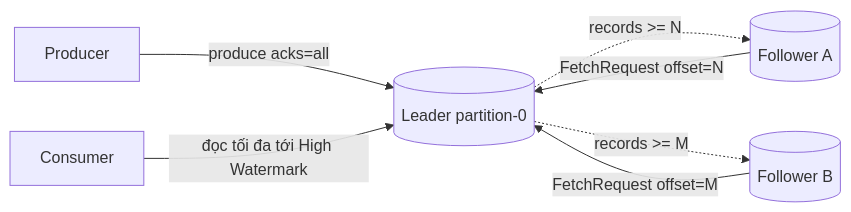
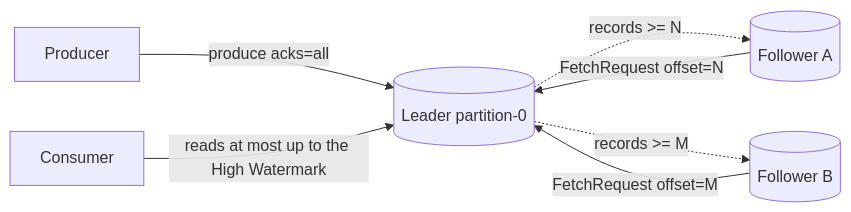
The diagram in i18n/en/docusaurus-plugin-content-docs/current/etl/kafka/reference/replication-durability.md (vuhoang001/knowledge), drawn with Mermaid before and after one commit. The commit also changed other lines of this file and 21 other files, not shown here.

````diff
--- a/i18n/en/docusaurus-plugin-content-docs/current/etl/kafka/reference/replication-durability.md
+++ b/i18n/en/docusaurus-plugin-content-docs/current/etl/kafka/reference/replication-durability.md
@@ -41,9 +40,9 @@
 ```mermaid
 flowchart LR
   P[Producer] -->|produce acks=all| L[(Leader partition-0)]
   F1[(Follower A)] -->|FetchRequest offset=N| L
   F2[(Follower B)] -->|FetchRequest offset=M| L
   L -.->|records >= N| F1
   L -.->|records >= M| F2
-  C[Consumer] -->|đọc tối đa tới High Watermark| L
+  C[Consumer] -->|reads at most up to the High Watermark| L
 ```
````
